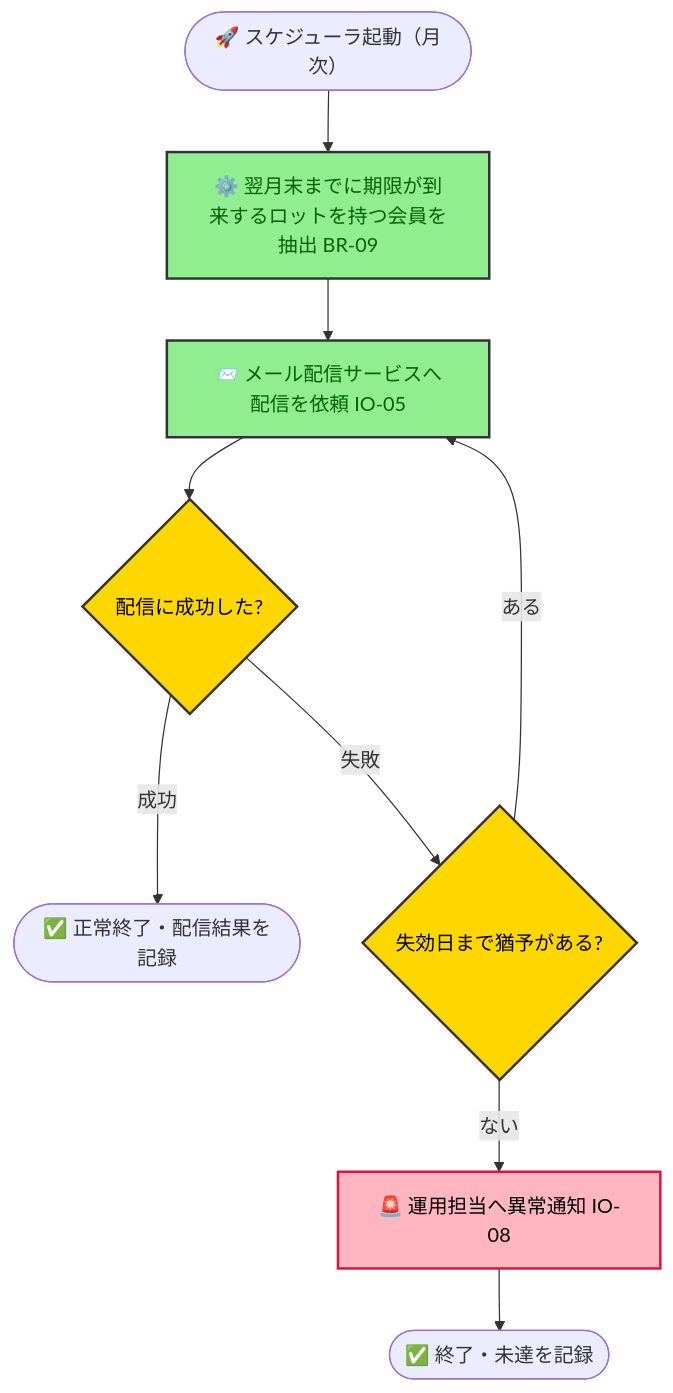
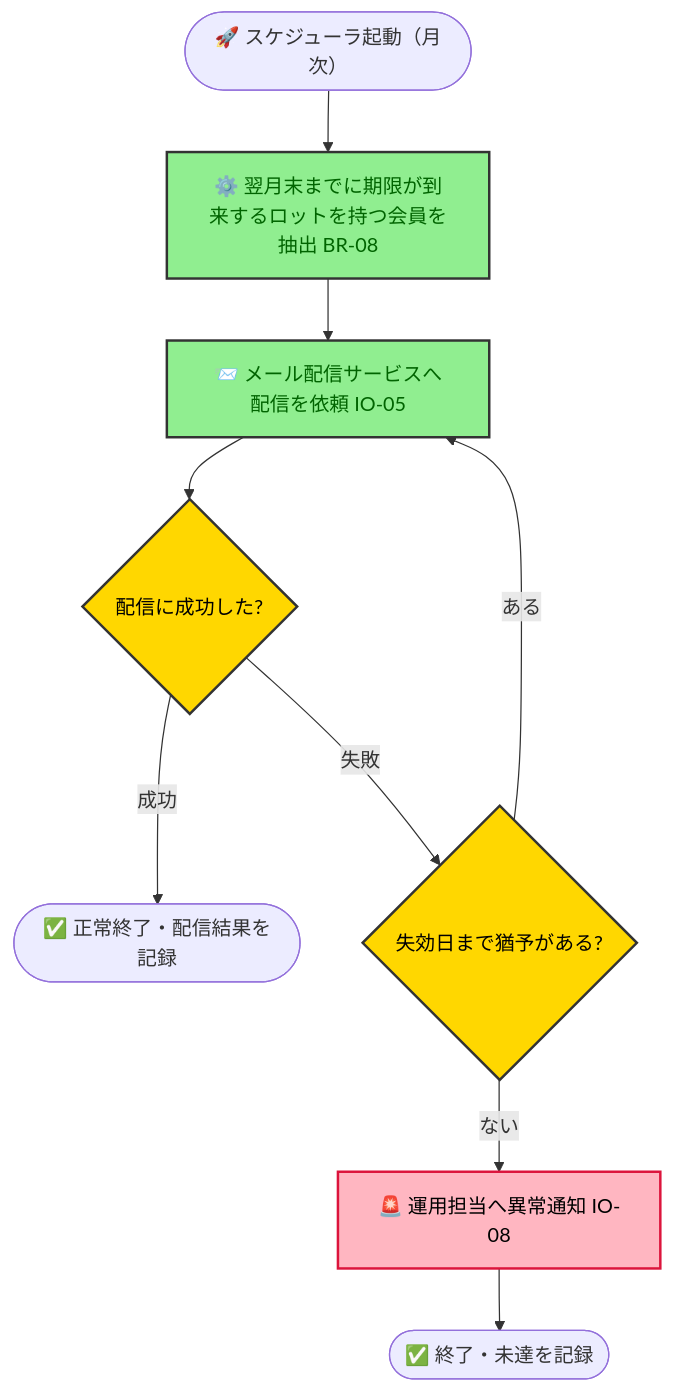
One commit to kasiopeiya/claude-dev-template changed the eighth of 9 diagrams in .claude/skills/elicit-requirements/sample-requirements.md. Above: the diagram before and after it, drawn with Mermaid. The commit also changed other lines of this file and 4 other files, not shown here.

````diff
--- a/.claude/skills/elicit-requirements/sample-requirements.md
+++ b/.claude/skills/elicit-requirements/sample-requirements.md
@@ -421,18 +431,18 @@
 ```mermaid
 flowchart TD
-    start([🚀 スケジューラ起動（月次）]) --> load[⚙️ 翌月末までに期限が到来するロットを持つ会員を抽出 BR-09]
+    start([🚀 スケジューラ起動（月次）]) --> load[⚙️ 翌月末までに期限が到来するロットを持つ会員を抽出 BR-08]
     load --> send[📨 メール配信サービスへ配信を依頼 IO-05]
     send --> result{配信に成功した?}
     result -->|成功| done([✅ 正常終了・配信結果を記録])
     result -->|失敗| grace{失効日まで猶予がある?}
     grace -->|ある| send
     grace -->|ない| alert[🚨 運用担当へ異常通知 IO-08]
     alert --> done2([✅ 終了・未達を記録])
 
     classDef step fill:#90EE90,stroke:#333,stroke-width:2px,color:darkgreen
     classDef decision fill:#FFD700,stroke:#333,stroke-width:2px,color:black
     classDef error fill:#FFB6C1,stroke:#DC143C,stroke-width:2px,color:black
     class load,send step
     class result,grace decision
     class alert error
 ```
````
